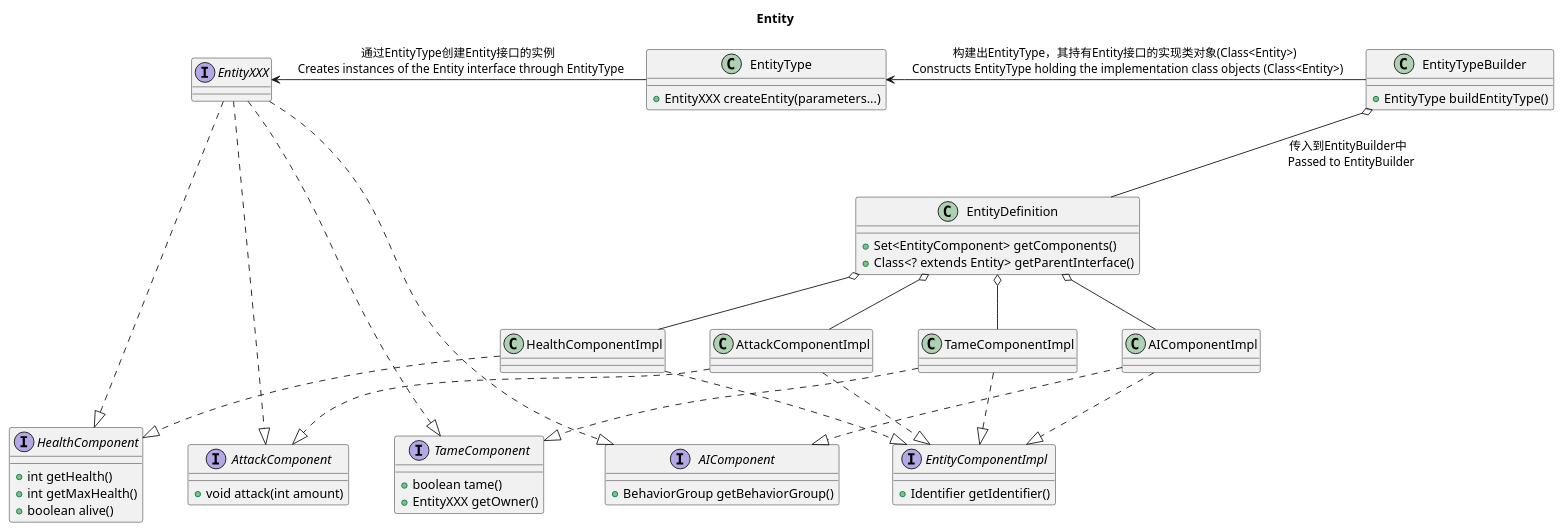
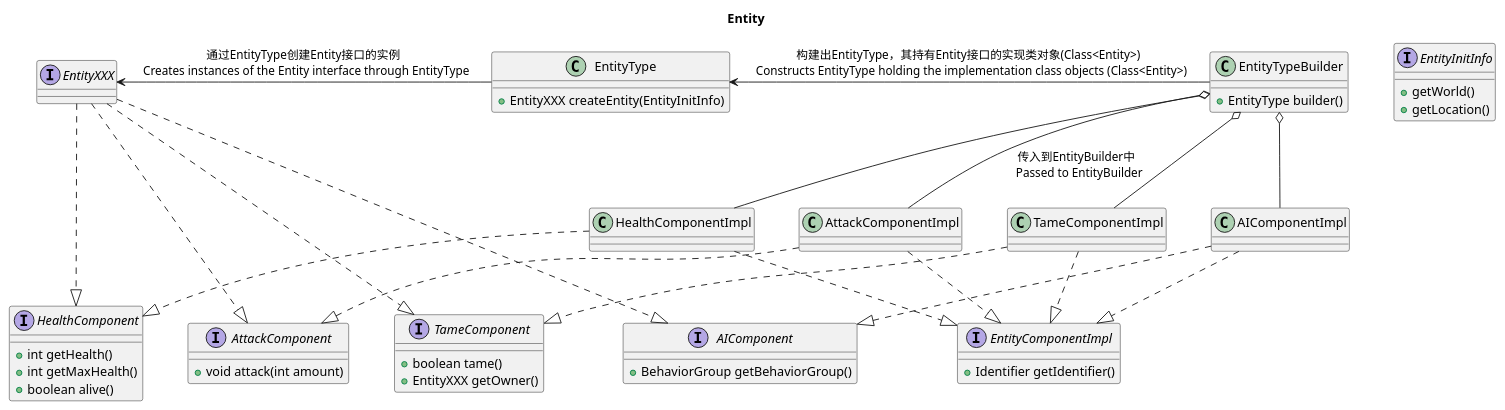
One commit to AllayMC/Allay changed the diagram in Documents/Architectures/Entity.puml. Above: the diagram before and after it, drawn with PlantUML.

```diff
--- a/Documents/Architectures/Entity.puml
+++ b/Documents/Architectures/Entity.puml
@@ -1,56 +1,54 @@
 @startuml
 Title "Entity"
 interface EntityComponentImpl {
 + Identifier getIdentifier()
 }
 interface HealthComponent {
 + int getHealth()
 + int getMaxHealth()
 + boolean alive()
 }
 interface AttackComponent {
 + void attack(int amount)
 }
 interface TameComponent {
 + boolean tame()
 + EntityXXX getOwner()
 }
 interface AIComponent {
 + BehaviorGroup getBehaviorGroup()
 }
+interface EntityInitInfo {
++ getWorld()
++ getLocation()
+}
 class HealthComponentImpl
 class AttackComponentImpl
 class TameComponentImpl
 class AIComponentImpl
 HealthComponentImpl ..|> HealthComponent
 HealthComponentImpl ..|> EntityComponentImpl
 AttackComponentImpl ..|> AttackComponent
 AttackComponentImpl ..|> EntityComponentImpl
 TameComponentImpl ..|> TameComponent
 TameComponentImpl ..|> EntityComponentImpl
 AIComponentImpl ..|> AIComponent
 AIComponentImpl ..|> EntityComponentImpl
-class EntityDefinition {
-+ Set<EntityComponent> getComponents()
-+ Class<? extends Entity> getParentInterface()
-}
 class EntityTypeBuilder {
-+ EntityType buildEntityType()
++ EntityType builder()
 }
 interface EntityXXX
 EntityXXX ..|> HealthComponent
 EntityXXX ..|> AttackComponent
 EntityXXX ..|> TameComponent
 EntityXXX ..|> AIComponent
 class EntityType {
-+ EntityXXX createEntity(parameters...)
++ EntityXXX createEntity(EntityInitInfo)
 }
-
-EntityDefinition o-- HealthComponentImpl
-EntityDefinition o-- AttackComponentImpl
-EntityDefinition o-- TameComponentImpl
-EntityDefinition o-- AIComponentImpl
-EntityTypeBuilder o-- EntityDefinition : 传入到EntityBuilder中 \n Passed to EntityBuilder
+EntityTypeBuilder o-- HealthComponentImpl
+EntityTypeBuilder o-- AttackComponentImpl : 传入到EntityBuilder中 \n Passed to EntityBuilder
+EntityTypeBuilder o-- TameComponentImpl
+EntityTypeBuilder o-- AIComponentImpl
 EntityType <- EntityTypeBuilder : 构建出EntityType，其持有Entity接口的实现类对象(Class<Entity>) \n Constructs EntityType holding the implementation class objects (Class<Entity>)
 EntityXXX <- EntityType : 通过EntityType创建Entity接口的实例 \n Creates instances of the Entity interface through EntityType
 @enduml
```
